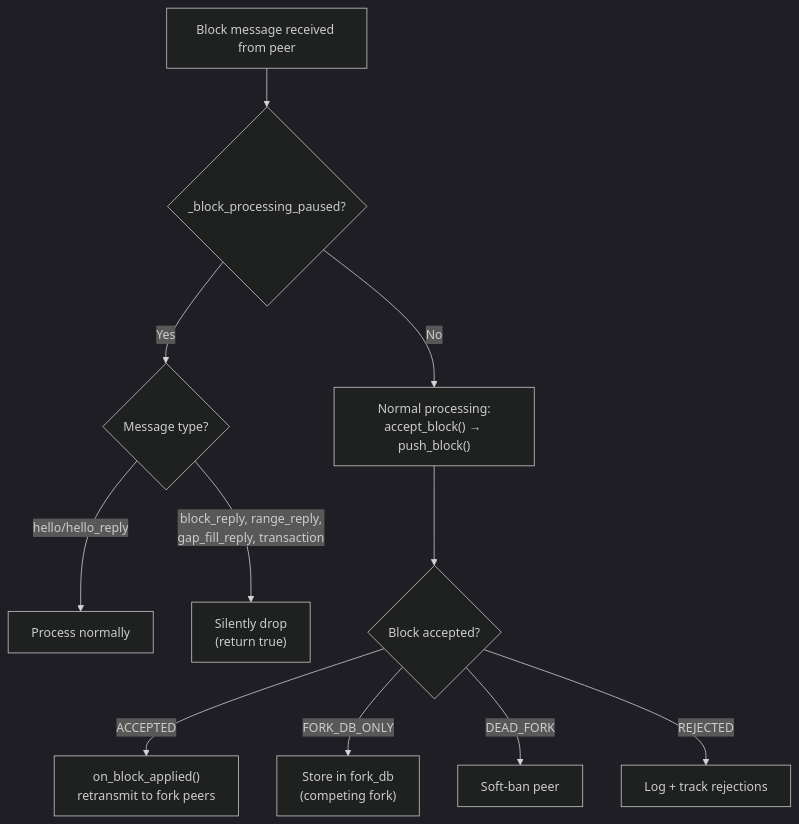
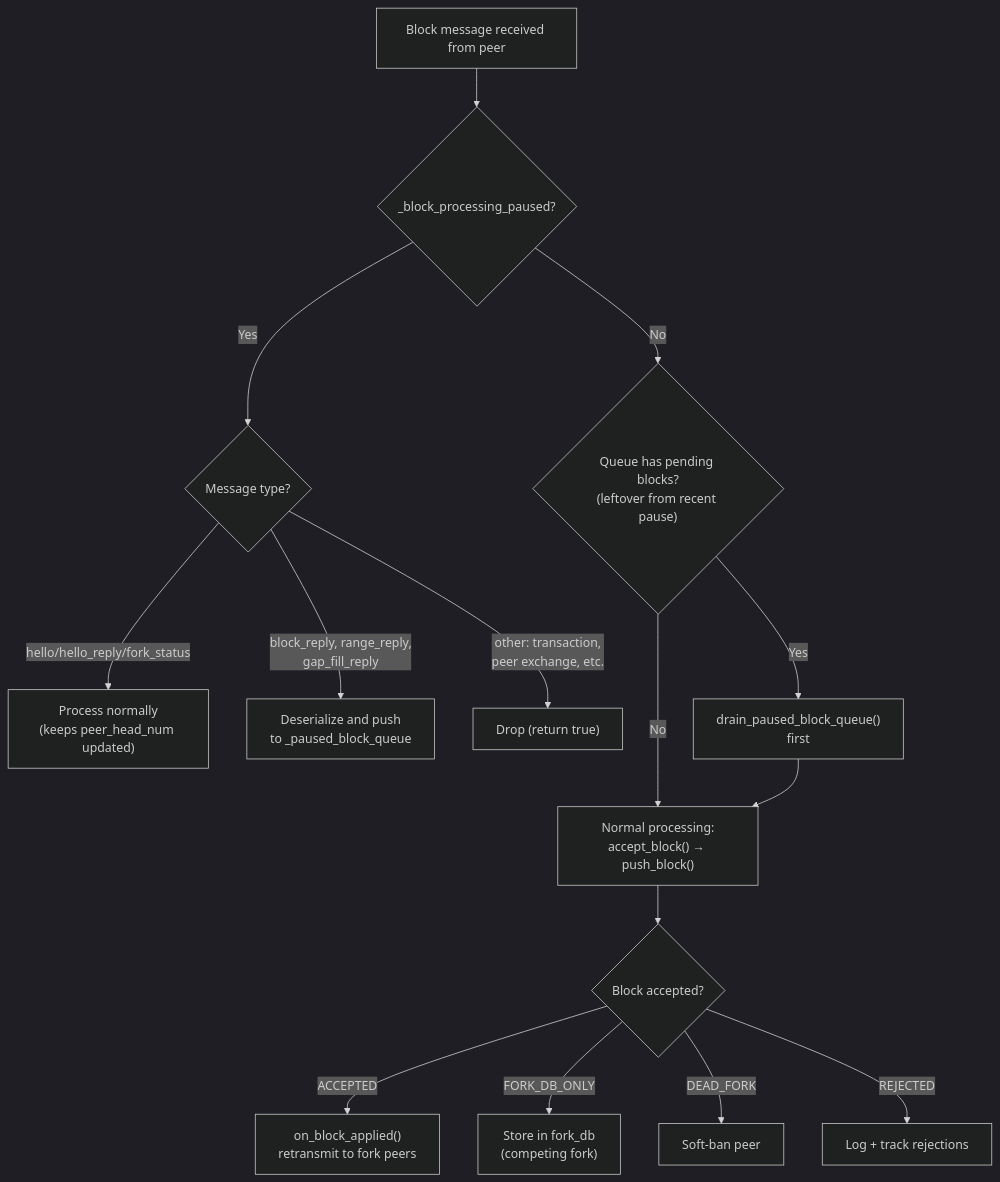
Before and after one commit to VIZ-Blockchain/viz-cpp-node: the second of 4 diagrams in .qoder/docs/snapshot-pause-workflow.md, drawn with Mermaid (dark theme). The commit also changed other lines of this file and 2 other files, not shown here.

First line of the commit message:
fix: buffer blocks during snapshot pause instead of dropping them

````diff
--- a/.qoder/docs/snapshot-pause-workflow.md
+++ b/.qoder/docs/snapshot-pause-workflow.md
@@ -64,13 +56,17 @@
 ```mermaid
 flowchart TD
     A["Block message received from peer"] --> B{"_block_processing_paused?"}
     B -->|Yes| C{"Message type?"}
-    C -->|hello/hello_reply| D["Process normally"]
-    C -->|block_reply, range_reply,<br/>gap_fill_reply, transaction| E["Silently drop<br/>(return true)"]
-    B -->|No| F["Normal processing:<br/>accept_block() → push_block()"]
-    F --> G{"Block accepted?"}
-    G -->|ACCEPTED| H["on_block_applied()<br/>retransmit to fork peers"]
-    G -->|FORK_DB_ONLY| I["Store in fork_db<br/>(competing fork)"]
-    G -->|DEAD_FORK| J["Soft-ban peer"]
-    G -->|REJECTED| K["Log + track rejections"]
+    C -->|hello/hello_reply/fork_status| D["Process normally<br/>(keeps peer_head_num updated)"]
+    C -->|block_reply, range_reply,<br/>gap_fill_reply| E["Deserialize and push<br/>to _paused_block_queue"]
+    C -->|other: transaction,<br/>peer exchange, etc.| F["Drop (return true)"]
+    B -->|No| G{"Queue has pending blocks?<br/>(leftover from recent pause)"}
+    G -->|Yes| H["drain_paused_block_queue()\nfirst"]
+    G -->|No| I["Normal processing:<br/>accept_block() → push_block()"]
+    H --> I
+    I --> J{"Block accepted?"}
+    J -->|ACCEPTED| K["on_block_applied()<br/>retransmit to fork peers"]
+    J -->|FORK_DB_ONLY| L["Store in fork_db<br/>(competing fork)"]
+    J -->|DEAD_FORK| M["Soft-ban peer"]
+    J -->|REJECTED| N["Log + track rejections"]
 ```
````
